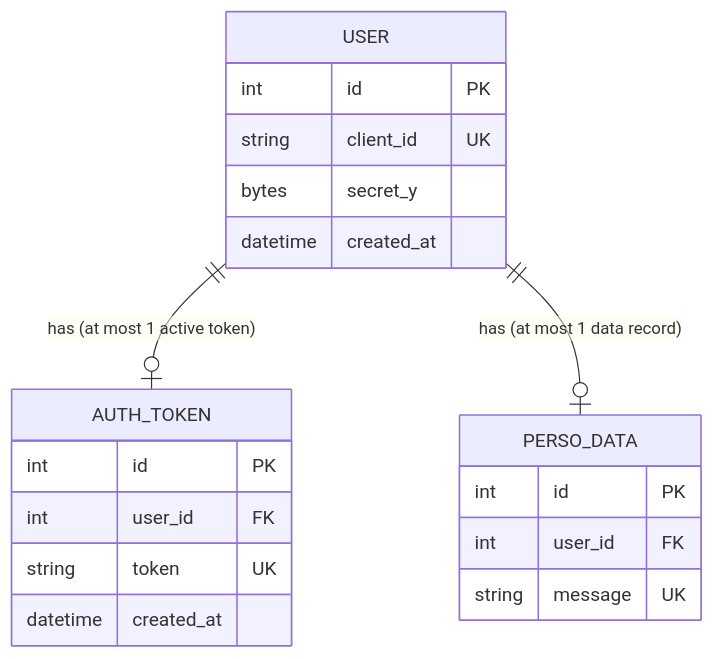
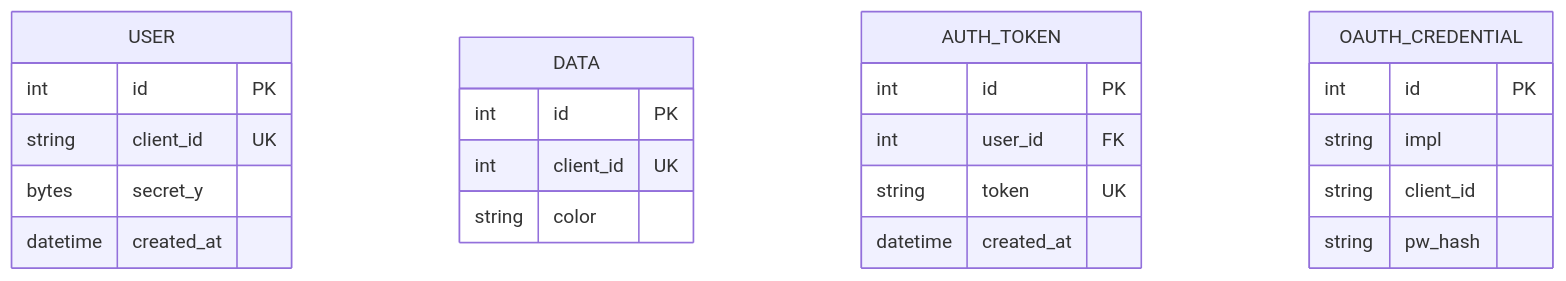
One commit to matei-rares-a/acas changed the diagram in diagrams/done/diagram_database_erd.mmd. Above: the diagram before and after it, drawn with Mermaid. The commit also changed 9 other files, not shown here.

```diff
--- a/diagrams/done/diagram_database_erd.mmd
+++ b/diagrams/done/diagram_database_erd.mmd
@@ -1,23 +1,30 @@
 erDiagram
-    USER {
-        int     id         PK
-        string  client_id  UK
-        bytes   secret_y
-        datetime created_at
-    }
+	direction TB
+	USER {
+		int id PK ""  
+		string client_id UK ""  
+		bytes secret_y  ""  
+		datetime created_at  ""  
+	}
 
-    AUTH_TOKEN {
-        int     id         PK
-        int     user_id    FK
-        string  token      UK
-        datetime created_at
-    }
 
-    PERSO_DATA {
-        int     id         PK
-        int     user_id    FK
-        string  message    UK
-    }
+	DATA {
+		int id PK ""  
+		int client_id UK ""  
+		string color  ""  
+	}
 
-    USER ||--o| AUTH_TOKEN : "has (at most 1 active token)"
-    USER ||--o| PERSO_DATA : "has (at most 1 data record)"
+	AUTH_TOKEN {
+		int id PK ""  
+		int user_id FK ""  
+		string token UK ""  
+		datetime created_at  ""  
+	}
+	OAUTH_CREDENTIAL {
+		int id PK ""  
+		string impl  ""  
+		string client_id  ""  
+		string pw_hash  ""  
+	}
+
+	style USER :stroke-width:2px,stroke-dasharray: 0
```
